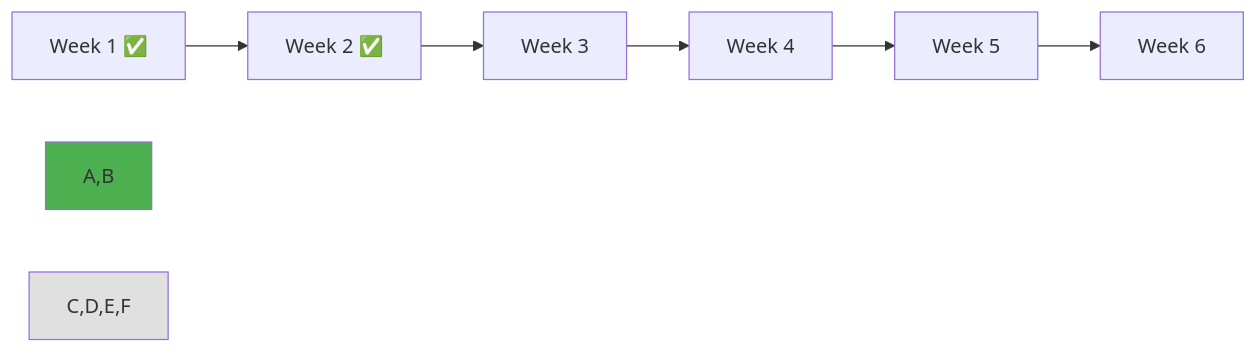
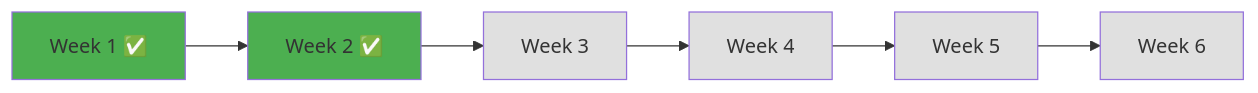
One commit to niceguy61/kdt_devops_lecture_2025 changed diagram 14 of 14 in theory/week_02/day4/README_corrected.md. Above: the diagram before and after it, drawn with Mermaid. The commit also changed other lines of this file and 63 other files, not shown here.

````diff
--- a/theory/week_02/day4/README_corrected.md
+++ b/theory/week_02/day4/README_corrected.md
@@ -826,11 +871,15 @@
 ```mermaid
 graph LR
     A[Week 1 ✅] --> B[Week 2 ✅]
     B --> C[Week 3]
     C --> D[Week 4]
     D --> E[Week 5]
     E --> F[Week 6]
     
-    style A,B fill:#4caf50
-    style C,D,E,F fill:#e0e0e0
+    style A fill:#4caf50
+    style B fill:#4caf50
+    style C fill:#e0e0e0
+    style D fill:#e0e0e0
+    style E fill:#e0e0e0
+    style F fill:#e0e0e0
 ```
````
